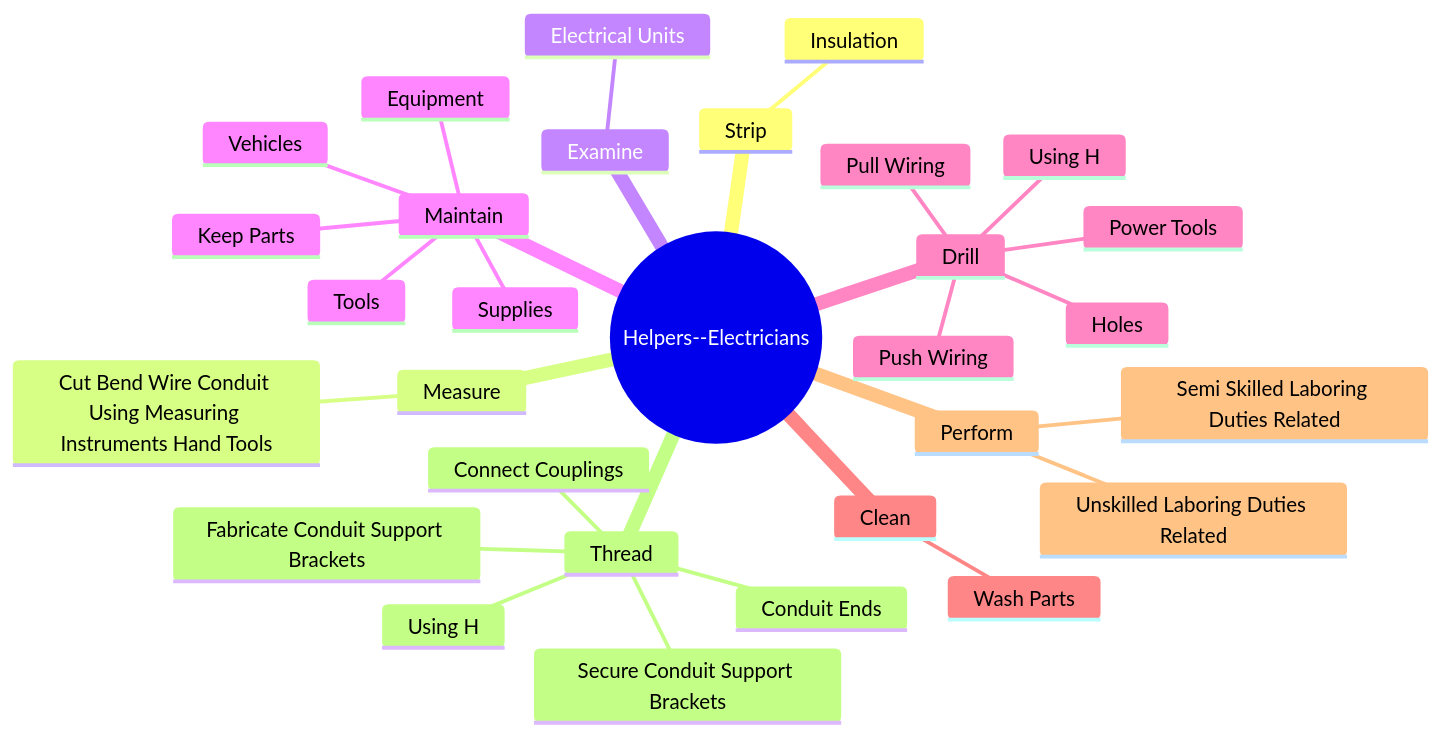
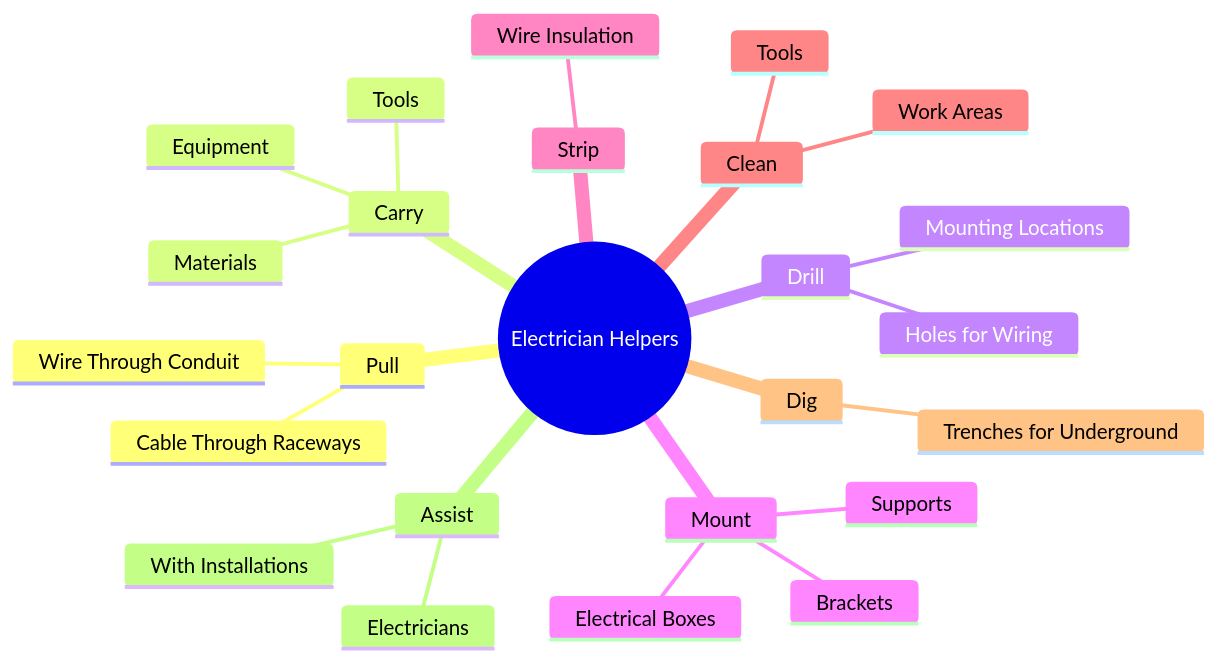
One commit to kziemski/business.org.ai changed the second of 4 diagrams in occupations/Construction/HelpersElectricians.mdx. Above: the diagram before and after it, drawn with Mermaid. The commit also changed other lines of this file and 938 other files, not shown here.

````diff
--- a/occupations/Construction/HelpersElectricians.mdx
+++ b/occupations/Construction/HelpersElectricians.mdx
@@ -37,33 +46,28 @@
 ```mermaid
 mindmap
-    root(("Helpers--Electricians"))
+    root(("Electrician Helpers"))
+        Pull
+            Wire Through Conduit
+            Cable Through Raceways
+        Carry
+            Materials
+            Tools
+            Equipment
+        Drill
+            Holes for Wiring
+            Mounting Locations
+        Mount
+            Electrical Boxes
+            Brackets
+            Supports
         Strip
-            Insulation
-        Measure
-            Cut Bend Wire Conduit Using Measuring Instruments Hand Tools
-        Examine
-            Electrical Units
-        Maintain
+            Wire Insulation
+        Clean
+            Work Areas
             Tools
-            Vehicles
-            Equipment
-            Keep Parts
-            Supplies
-        Drill
-            Holes
-            Pull Wiring
-            Push Wiring
-            Using H
-            Power Tools
-        Clean
-            Wash Parts
-        Perform
-            Semi Skilled Laboring Duties Related
-            Unskilled Laboring Duties Related
-        Thread
-            Conduit Ends
-            Connect Couplings
-            Fabricate Conduit Support Brackets
-            Secure Conduit Support Brackets
-            Using H
+        Dig
+            Trenches for Underground
+        Assist
+            Electricians
+            With Installations
 ```
````
